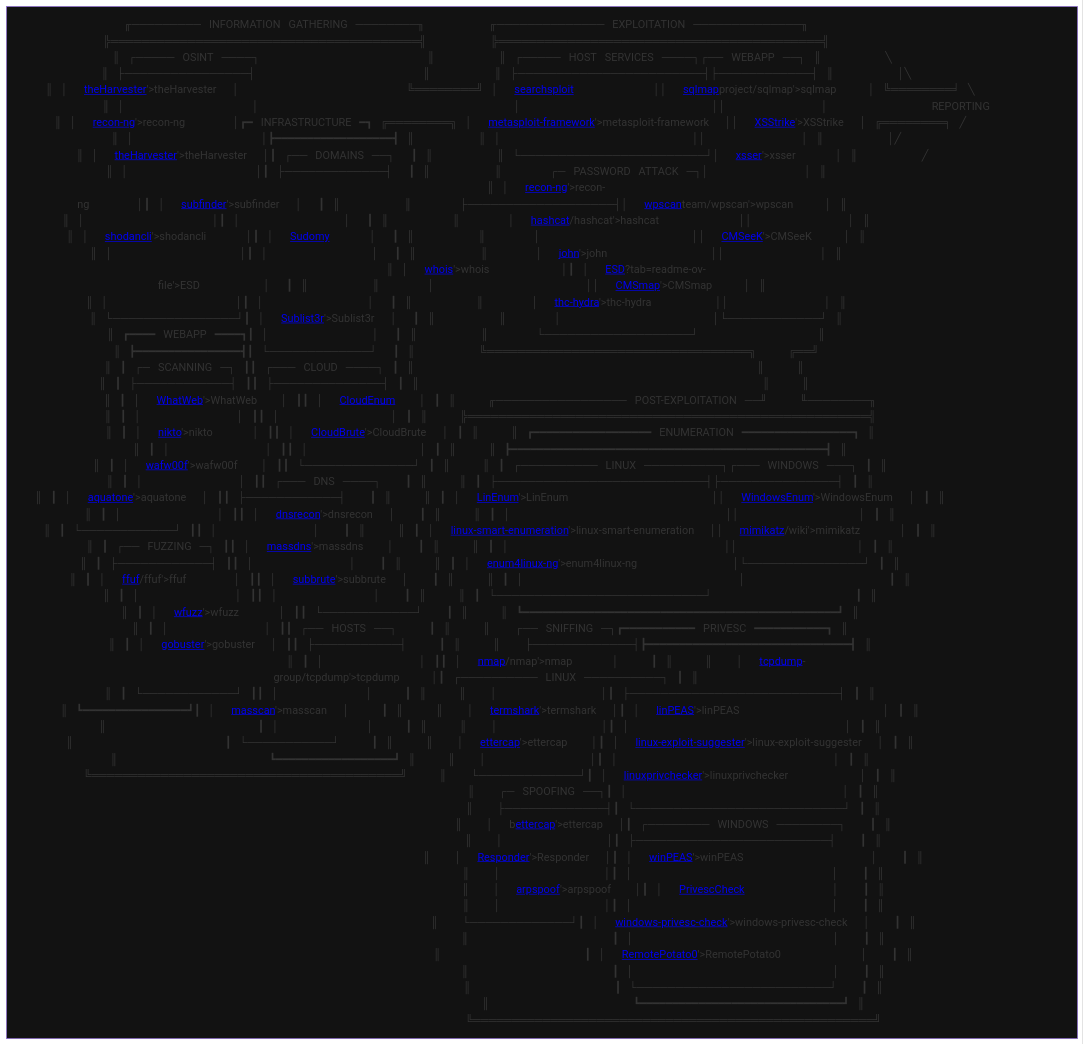
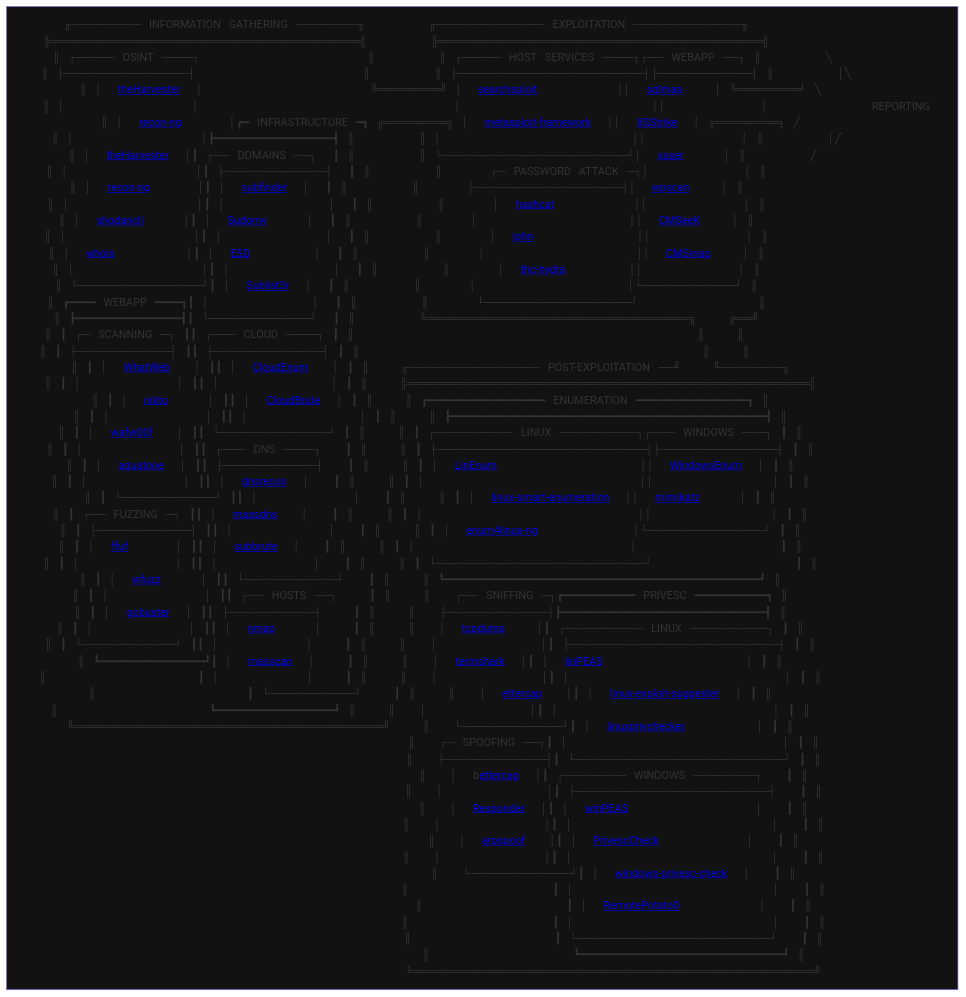
One commit to Skalyaeve/a-process changed the diagram in README.md. Above: the diagram before and after it, drawn with Mermaid. The commit also changed other lines of this file and 2 other files, not shown here.

````diff
--- a/README.md
+++ b/README.md
@@ -1,65 +1,65 @@
 ```mermaid
 graph TD
 main[
 ⠀╓─────────⠀INFORMATION⠀GATHERING⠀────────╖⠀⠀⠀⠀⠀⠀⠀⠀╓──────────────⠀EXPLOITATION⠀──────────────╖⠀⠀⠀⠀⠀⠀⠀⠀⠀⠀⠀⠀⠀⠀⠀⠀⠀⠀⠀⠀
 ⠀╠════════════════════════════════════════╣⠀⠀⠀⠀⠀⠀⠀⠀╠══════════════════════════════════════════╣⠀⠀⠀⠀⠀⠀⠀⠀⠀⠀⠀⠀⠀⠀⠀⠀⠀⠀⠀⠀
 ⠀║⠀┌─────⠀OSINT⠀────┐⠀⠀⠀⠀⠀⠀⠀⠀⠀⠀⠀⠀⠀⠀⠀⠀⠀⠀⠀⠀⠀║⠀⠀⠀⠀⠀⠀⠀⠀║⠀┌─────⠀HOST⠀SERVICES⠀────┐┌──⠀WEBAPP⠀──┐⠀║⠀⠀⠀⠀⠀⠀⠀⠀╲⠀⠀⠀⠀⠀⠀⠀⠀⠀⠀⠀
 ⠀║⠀├────────────────┤⠀⠀⠀⠀⠀⠀⠀⠀⠀⠀⠀⠀⠀⠀⠀⠀⠀⠀⠀⠀⠀║⠀⠀⠀⠀⠀⠀⠀⠀║⠀├────────────────────────┤├────────────┤⠀║⠀⠀⠀⠀⠀⠀⠀⠀│╲⠀⠀⠀⠀⠀⠀⠀⠀⠀⠀
-⠀║⠀│⠀⠀<a href='https://github.com/laramies/<a href='https://github.com/laramies/theHarvester'>theHarvester</a>'>theHarvester</a>⠀⠀│⠀⠀⠀⠀⠀⠀⠀⠀⠀⠀⠀⠀⠀⠀⠀⠀⠀⠀⠀⠀⠀╚════════╝⠀│⠀⠀<a href='https://gitlab.com/exploit-database/exploitdb'><a href='https://gitlab.com/exploit-database/exploitdb'>searchsploit</a></a>⠀⠀⠀⠀⠀⠀⠀⠀⠀⠀││⠀⠀<a href='https://github.com/<a href='https://github.com/sqlmapproject/sqlmap'>sqlmap</a>project/sqlmap'>sqlmap</a>⠀⠀⠀⠀│⠀╚════════╛⠀╲⠀⠀⠀⠀⠀⠀⠀⠀⠀
+⠀║⠀│⠀⠀<a href='https://github.com/laramies/theHarvester'>theHarvester</a>⠀⠀│⠀⠀⠀⠀⠀⠀⠀⠀⠀⠀⠀⠀⠀⠀⠀⠀⠀⠀⠀⠀⠀╚════════╝⠀│⠀⠀<a href='https://gitlab.com/exploit-database/exploitdb'>searchsploit</a>⠀⠀⠀⠀⠀⠀⠀⠀⠀⠀││⠀⠀<a href='https://github.com/sqlmapproject/sqlmap'>sqlmap</a>⠀⠀⠀⠀│⠀╚════════╛⠀╲⠀⠀⠀⠀⠀⠀⠀⠀⠀
 ⠀║⠀│⠀⠀⠀⠀⠀⠀⠀⠀⠀⠀⠀⠀⠀⠀⠀⠀│⠀⠀⠀⠀⠀⠀⠀⠀⠀⠀⠀⠀⠀⠀⠀⠀⠀⠀⠀⠀⠀⠀⠀⠀⠀⠀⠀⠀⠀⠀⠀⠀│⠀⠀⠀⠀⠀⠀⠀⠀⠀⠀⠀⠀⠀⠀⠀⠀⠀⠀⠀⠀⠀⠀⠀⠀││⠀⠀⠀⠀⠀⠀⠀⠀⠀⠀⠀⠀│⠀⠀⠀⠀⠀⠀⠀⠀⠀⠀⠀⠀⠀REPORTING
-⠀║⠀│⠀⠀<a href='https://github.com/lanmaster53/<a href='https://github.com/lanmaster53/recon-ng'>recon-ng</a>'>recon-ng</a>⠀⠀⠀⠀⠀⠀│┏━⠀INFRASTRUCTURE⠀━┓⠀╔════════╗⠀│⠀⠀<a href='https://github.com/rapid7/<a href='https://github.com/rapid7/metasploit-framework'>metasploit-framework</a>'>metasploit-framework</a>⠀⠀││⠀⠀<a href='https://github.com/s0md3v/<a href='https://github.com/s0md3v/XSStrike'>XSStrike</a>'>XSStrike</a>⠀⠀│⠀╔════════╕⠀╱⠀⠀⠀⠀⠀⠀⠀⠀⠀
+⠀║⠀│⠀⠀<a href='https://github.com/lanmaster53/recon-ng'>recon-ng</a>⠀⠀⠀⠀⠀⠀│┏━⠀INFRASTRUCTURE⠀━┓⠀╔════════╗⠀│⠀⠀<a href='https://github.com/rapid7/metasploit-framework'>metasploit-framework</a>⠀⠀││⠀⠀<a href='https://github.com/s0md3v/XSStrike'>XSStrike</a>⠀⠀│⠀╔════════╕⠀╱⠀⠀⠀⠀⠀⠀⠀⠀⠀
 ⠀║⠀│⠀⠀⠀⠀⠀⠀⠀⠀⠀⠀⠀⠀⠀⠀⠀⠀│┣━━━━━━━━━━━━━━━━━━┫⠀║⠀⠀⠀⠀⠀⠀⠀⠀║⠀│⠀⠀⠀⠀⠀⠀⠀⠀⠀⠀⠀⠀⠀⠀⠀⠀⠀⠀⠀⠀⠀⠀⠀⠀││⠀⠀⠀⠀⠀⠀⠀⠀⠀⠀⠀⠀│⠀║⠀⠀⠀⠀⠀⠀⠀⠀│╱⠀⠀⠀⠀⠀⠀⠀⠀⠀⠀
-⠀║⠀│⠀⠀<a href='https://github.com/laramies/<a href='https://github.com/laramies/theHarvester'>theHarvester</a>'>theHarvester</a>⠀⠀│┃⠀┌──⠀DOMAINS⠀──┐⠀⠀┃⠀║⠀⠀⠀⠀⠀⠀⠀⠀║⠀└────────────────────────┘│⠀⠀<a href='https://github.com/epsylon/<a href='https://github.com/epsylon/xsser'>xsser</a>'>xsser</a>⠀⠀⠀⠀⠀│⠀║⠀⠀⠀⠀⠀⠀⠀⠀╱⠀⠀⠀⠀⠀⠀⠀⠀⠀⠀⠀
+⠀║⠀│⠀⠀<a href='https://github.com/laramies/theHarvester'>theHarvester</a>⠀⠀│┃⠀┌──⠀DOMAINS⠀──┐⠀⠀┃⠀║⠀⠀⠀⠀⠀⠀⠀⠀║⠀└────────────────────────┘│⠀⠀<a href='https://github.com/epsylon/xsser'>xsser</a>⠀⠀⠀⠀⠀│⠀║⠀⠀⠀⠀⠀⠀⠀⠀╱⠀⠀⠀⠀⠀⠀⠀⠀⠀⠀⠀
 ⠀║⠀│⠀⠀⠀⠀⠀⠀⠀⠀⠀⠀⠀⠀⠀⠀⠀⠀│┃⠀├─────────────┤⠀⠀┃⠀║⠀⠀⠀⠀⠀⠀⠀⠀║⠀⠀⠀⠀⠀⠀┌─⠀PASSWORD⠀ATTACK⠀─┐│⠀⠀⠀⠀⠀⠀⠀⠀⠀⠀⠀⠀│⠀║⠀⠀⠀⠀⠀⠀⠀⠀⠀⠀⠀⠀⠀⠀⠀⠀⠀⠀⠀⠀
-⠀║⠀│⠀⠀<a href='https://github.com/lanmaster53/<a href='https://github.com/lanmaster53/recon-ng'>recon-ng</a>'>recon-ng</a>⠀⠀⠀⠀⠀⠀│┃⠀│⠀⠀<a href='https://github.com/projectdiscovery/<a href='https://github.com/projectdiscovery/subfinder'>subfinder</a>'>subfinder</a>⠀⠀│⠀⠀┃⠀║⠀⠀⠀⠀⠀⠀⠀⠀║⠀⠀⠀⠀⠀⠀├───────────────────┤│⠀⠀<a href='https://github.com/<a href='https://github.com/wpscanteam/wpscan'>wpscan</a>team/wpscan'>wpscan</a>⠀⠀⠀⠀│⠀║⠀⠀⠀⠀⠀⠀⠀⠀⠀⠀⠀⠀⠀⠀⠀⠀⠀⠀⠀⠀
-⠀║⠀│⠀⠀⠀⠀⠀⠀⠀⠀⠀⠀⠀⠀⠀⠀⠀⠀│┃⠀│⠀⠀⠀⠀⠀⠀⠀⠀⠀⠀⠀⠀⠀│⠀⠀┃⠀║⠀⠀⠀⠀⠀⠀⠀⠀║⠀⠀⠀⠀⠀⠀│⠀⠀<a href='https://github.com/<a href='https://github.com/hashcat/hashcat'>hashcat</a>/hashcat'>hashcat</a>⠀⠀⠀⠀⠀⠀⠀⠀⠀⠀││⠀⠀⠀⠀⠀⠀⠀⠀⠀⠀⠀⠀│⠀║⠀⠀⠀⠀⠀⠀⠀⠀⠀⠀⠀⠀⠀⠀⠀⠀⠀⠀⠀⠀
-⠀║⠀│⠀⠀<a href='https://github.com/malinkinsa/<a href='https://github.com/malinkinsa/shodancli'>shodancli</a>'>shodancli</a>⠀⠀⠀⠀⠀│┃⠀│⠀⠀<a href='https://github.com/screetsec/Sudomy'>Sudomy</a>⠀⠀⠀⠀⠀│⠀⠀┃⠀║⠀⠀⠀⠀⠀⠀⠀⠀║⠀⠀⠀⠀⠀⠀│⠀⠀⠀⠀⠀⠀⠀⠀⠀⠀⠀⠀⠀⠀⠀⠀⠀⠀⠀││⠀⠀<a href='https://github.com/Tuhinshubhra/<a href='https://github.com/Tuhinshubhra/CMSeeK'>CMSeeK</a>'>CMSeeK</a>⠀⠀⠀⠀│⠀║⠀⠀⠀⠀⠀⠀⠀⠀⠀⠀⠀⠀⠀⠀⠀⠀⠀⠀⠀⠀
-⠀║⠀│⠀⠀⠀⠀⠀⠀⠀⠀⠀⠀⠀⠀⠀⠀⠀⠀│┃⠀│⠀⠀⠀⠀⠀⠀⠀⠀⠀⠀⠀⠀⠀│⠀⠀┃⠀║⠀⠀⠀⠀⠀⠀⠀⠀║⠀⠀⠀⠀⠀⠀│⠀⠀<a href='https://github.com/openwall/<a href='https://github.com/openwall/john'>john</a>'>john</a>⠀⠀⠀⠀⠀⠀⠀⠀⠀⠀⠀⠀⠀││⠀⠀⠀⠀⠀⠀⠀⠀⠀⠀⠀⠀│⠀║⠀⠀⠀⠀⠀⠀⠀⠀⠀⠀⠀⠀⠀⠀⠀⠀⠀⠀⠀⠀
-⠀║⠀│⠀⠀<a href='https://github.com/weppos/<a href='https://github.com/weppos/whois'>whois</a>'>whois</a>⠀⠀⠀⠀⠀⠀⠀⠀⠀│┃⠀│⠀⠀<a href='https://github.com/FeeiCN/<a href='https://github.com/FeeiCN/ESD?tab=readme-ov-file'>ESD</a>?tab=readme-ov-file'>ESD</a>⠀⠀⠀⠀⠀⠀⠀⠀│⠀⠀┃⠀║⠀⠀⠀⠀⠀⠀⠀⠀║⠀⠀⠀⠀⠀⠀│⠀⠀⠀⠀⠀⠀⠀⠀⠀⠀⠀⠀⠀⠀⠀⠀⠀⠀⠀││⠀⠀<a href='https://github.com/dionach/<a href='https://github.com/dionach/CMSmap'>CMSmap</a>'>CMSmap</a>⠀⠀⠀⠀│⠀║⠀⠀⠀⠀⠀⠀⠀⠀⠀⠀⠀⠀⠀⠀⠀⠀⠀⠀⠀⠀
-⠀║⠀│⠀⠀⠀⠀⠀⠀⠀⠀⠀⠀⠀⠀⠀⠀⠀⠀│┃⠀│⠀⠀⠀⠀⠀⠀⠀⠀⠀⠀⠀⠀⠀│⠀⠀┃⠀║⠀⠀⠀⠀⠀⠀⠀⠀║⠀⠀⠀⠀⠀⠀│⠀⠀<a href='https://github.com/vanhauser-thc/<a href='https://github.com/vanhauser-thc/thc-hydra'>thc-hydra</a>'>thc-hydra</a>⠀⠀⠀⠀⠀⠀⠀⠀││⠀⠀⠀⠀⠀⠀⠀⠀⠀⠀⠀⠀│⠀║⠀⠀⠀⠀⠀⠀⠀⠀⠀⠀⠀⠀⠀⠀⠀⠀⠀⠀⠀⠀
-⠀║⠀└────────────────┘┃⠀│⠀⠀<a href='https://github.com/aboul3la/<a href='https://github.com/aboul3la/Sublist3r'>Sublist3r</a>'>Sublist3r</a>⠀⠀│⠀⠀┃⠀║⠀⠀⠀⠀⠀⠀⠀⠀║⠀⠀⠀⠀⠀⠀│⠀⠀⠀⠀⠀⠀⠀⠀⠀⠀⠀⠀⠀⠀⠀⠀⠀⠀⠀│└────────────┘⠀║⠀⠀⠀⠀⠀⠀⠀⠀⠀⠀⠀⠀⠀⠀⠀⠀⠀⠀⠀⠀
+⠀║⠀│⠀⠀<a href='https://github.com/lanmaster53/recon-ng'>recon-ng</a>⠀⠀⠀⠀⠀⠀│┃⠀│⠀⠀<a href='https://github.com/projectdiscovery/subfinder'>subfinder</a>⠀⠀│⠀⠀┃⠀║⠀⠀⠀⠀⠀⠀⠀⠀║⠀⠀⠀⠀⠀⠀├───────────────────┤│⠀⠀<a href='https://github.com/wpscanteam/wpscan'>wpscan</a>⠀⠀⠀⠀│⠀║⠀⠀⠀⠀⠀⠀⠀⠀⠀⠀⠀⠀⠀⠀⠀⠀⠀⠀⠀⠀
+⠀║⠀│⠀⠀⠀⠀⠀⠀⠀⠀⠀⠀⠀⠀⠀⠀⠀⠀│┃⠀│⠀⠀⠀⠀⠀⠀⠀⠀⠀⠀⠀⠀⠀│⠀⠀┃⠀║⠀⠀⠀⠀⠀⠀⠀⠀║⠀⠀⠀⠀⠀⠀│⠀⠀<a href='https://github.com/hashcat/hashcat'>hashcat</a>⠀⠀⠀⠀⠀⠀⠀⠀⠀⠀││⠀⠀⠀⠀⠀⠀⠀⠀⠀⠀⠀⠀│⠀║⠀⠀⠀⠀⠀⠀⠀⠀⠀⠀⠀⠀⠀⠀⠀⠀⠀⠀⠀⠀
+⠀║⠀│⠀⠀<a href='https://github.com/malinkinsa/shodancli'>shodancli</a>⠀⠀⠀⠀⠀│┃⠀│⠀⠀<a href='https://github.com/screetsec/Sudomy'>Sudomy</a>⠀⠀⠀⠀⠀│⠀⠀┃⠀║⠀⠀⠀⠀⠀⠀⠀⠀║⠀⠀⠀⠀⠀⠀│⠀⠀⠀⠀⠀⠀⠀⠀⠀⠀⠀⠀⠀⠀⠀⠀⠀⠀⠀││⠀⠀<a href='https://github.com/Tuhinshubhra/CMSeeK'>CMSeeK</a>⠀⠀⠀⠀│⠀║⠀⠀⠀⠀⠀⠀⠀⠀⠀⠀⠀⠀⠀⠀⠀⠀⠀⠀⠀⠀
+⠀║⠀│⠀⠀⠀⠀⠀⠀⠀⠀⠀⠀⠀⠀⠀⠀⠀⠀│┃⠀│⠀⠀⠀⠀⠀⠀⠀⠀⠀⠀⠀⠀⠀│⠀⠀┃⠀║⠀⠀⠀⠀⠀⠀⠀⠀║⠀⠀⠀⠀⠀⠀│⠀⠀<a href='https://github.com/openwall/john'>john</a>⠀⠀⠀⠀⠀⠀⠀⠀⠀⠀⠀⠀⠀││⠀⠀⠀⠀⠀⠀⠀⠀⠀⠀⠀⠀│⠀║⠀⠀⠀⠀⠀⠀⠀⠀⠀⠀⠀⠀⠀⠀⠀⠀⠀⠀⠀⠀
+⠀║⠀│⠀⠀<a href='https://github.com/weppos/whois'>whois</a>⠀⠀⠀⠀⠀⠀⠀⠀⠀│┃⠀│⠀⠀<a href='https://github.com/FeeiCN/ESD?tab=readme-ov-file'>ESD</a>⠀⠀⠀⠀⠀⠀⠀⠀│⠀⠀┃⠀║⠀⠀⠀⠀⠀⠀⠀⠀║⠀⠀⠀⠀⠀⠀│⠀⠀⠀⠀⠀⠀⠀⠀⠀⠀⠀⠀⠀⠀⠀⠀⠀⠀⠀││⠀⠀<a href='https://github.com/dionach/CMSmap'>CMSmap</a>⠀⠀⠀⠀│⠀║⠀⠀⠀⠀⠀⠀⠀⠀⠀⠀⠀⠀⠀⠀⠀⠀⠀⠀⠀⠀
+⠀║⠀│⠀⠀⠀⠀⠀⠀⠀⠀⠀⠀⠀⠀⠀⠀⠀⠀│┃⠀│⠀⠀⠀⠀⠀⠀⠀⠀⠀⠀⠀⠀⠀│⠀⠀┃⠀║⠀⠀⠀⠀⠀⠀⠀⠀║⠀⠀⠀⠀⠀⠀│⠀⠀<a href='https://github.com/vanhauser-thc/thc-hydra'>thc-hydra</a>⠀⠀⠀⠀⠀⠀⠀⠀││⠀⠀⠀⠀⠀⠀⠀⠀⠀⠀⠀⠀│⠀║⠀⠀⠀⠀⠀⠀⠀⠀⠀⠀⠀⠀⠀⠀⠀⠀⠀⠀⠀⠀
+⠀║⠀└────────────────┘┃⠀│⠀⠀<a href='https://github.com/aboul3la/Sublist3r'>Sublist3r</a>⠀⠀│⠀⠀┃⠀║⠀⠀⠀⠀⠀⠀⠀⠀║⠀⠀⠀⠀⠀⠀│⠀⠀⠀⠀⠀⠀⠀⠀⠀⠀⠀⠀⠀⠀⠀⠀⠀⠀⠀│└────────────┘⠀║⠀⠀⠀⠀⠀⠀⠀⠀⠀⠀⠀⠀⠀⠀⠀⠀⠀⠀⠀⠀
 ⠀║⠀┏━━━━⠀WEBAPP⠀━━━━┓┃⠀│⠀⠀⠀⠀⠀⠀⠀⠀⠀⠀⠀⠀⠀│⠀⠀┃⠀║⠀⠀⠀⠀⠀⠀⠀⠀║⠀⠀⠀⠀⠀⠀└───────────────────┘⠀⠀⠀⠀⠀⠀⠀⠀⠀⠀⠀⠀⠀⠀⠀║⠀⠀⠀⠀⠀⠀⠀⠀⠀⠀⠀⠀⠀⠀⠀⠀⠀⠀⠀⠀
 ⠀║⠀┣━━━━━━━━━━━━━━━━┫┃⠀└─────────────┘⠀⠀┃⠀║⠀⠀⠀⠀⠀⠀⠀⠀╚══════════════════════════════════╗⠀⠀⠀⠀╔══╝⠀⠀⠀⠀⠀⠀⠀⠀⠀⠀⠀⠀⠀⠀⠀⠀⠀⠀⠀⠀
 ⠀║⠀┃⠀┌─⠀SCANNING⠀─┐⠀┃┃⠀┌───⠀CLOUD⠀────┐⠀┃⠀║⠀⠀⠀⠀⠀⠀⠀⠀⠀⠀⠀⠀⠀⠀⠀⠀⠀⠀⠀⠀⠀⠀⠀⠀⠀⠀⠀⠀⠀⠀⠀⠀⠀⠀⠀⠀⠀⠀⠀⠀⠀⠀⠀║⠀⠀⠀⠀║⠀⠀⠀⠀⠀⠀⠀⠀⠀⠀⠀⠀⠀⠀⠀⠀⠀⠀⠀⠀⠀⠀⠀
 ⠀║⠀┃⠀├────────────┤⠀┃┃⠀├──────────────┤⠀┃⠀║⠀⠀⠀⠀⠀⠀⠀⠀⠀⠀⠀⠀⠀⠀⠀⠀⠀⠀⠀⠀⠀⠀⠀⠀⠀⠀⠀⠀⠀⠀⠀⠀⠀⠀⠀⠀⠀⠀⠀⠀⠀⠀⠀║⠀⠀⠀⠀║⠀⠀⠀⠀⠀⠀⠀⠀⠀⠀⠀⠀⠀⠀⠀⠀⠀⠀⠀⠀⠀⠀⠀
-⠀║⠀┃⠀│⠀⠀<a href='https://github.com/urbanadventurer/<a href='https://github.com/urbanadventurer/WhatWeb'>WhatWeb</a>'>WhatWeb</a>⠀⠀⠀│⠀┃┃⠀│⠀⠀<a href='https://github.com/initstring/cloud_enum'><a href='https://github.com/initstring/cloud_enum'>CloudEnum</a></a>⠀⠀⠀│⠀┃⠀║⠀⠀⠀⠀╓─────────────────⠀POST-EXPLOITATION⠀──╜⠀⠀⠀⠀╙────────╖⠀⠀⠀⠀⠀⠀⠀⠀⠀⠀⠀⠀⠀⠀
+⠀║⠀┃⠀│⠀⠀<a href='https://github.com/urbanadventurer/WhatWeb'>WhatWeb</a>⠀⠀⠀│⠀┃┃⠀│⠀⠀<a href='https://github.com/initstring/cloud_enum'>CloudEnum</a>⠀⠀⠀│⠀┃⠀║⠀⠀⠀⠀╓─────────────────⠀POST-EXPLOITATION⠀──╜⠀⠀⠀⠀╙────────╖⠀⠀⠀⠀⠀⠀⠀⠀⠀⠀⠀⠀⠀⠀
 ⠀║⠀┃⠀│⠀⠀⠀⠀⠀⠀⠀⠀⠀⠀⠀⠀│⠀┃┃⠀│⠀⠀⠀⠀⠀⠀⠀⠀⠀⠀⠀⠀⠀⠀│⠀┃⠀║⠀⠀⠀⠀╠════════════════════════════════════════════════════╣⠀⠀⠀⠀⠀⠀⠀⠀⠀⠀⠀⠀⠀⠀
-⠀║⠀┃⠀│⠀⠀<a href='https://github.com/sullo/<a href='https://github.com/sullo/nikto'>nikto</a>'>nikto</a>⠀⠀⠀⠀⠀│⠀┃┃⠀│⠀⠀<a href='https://github.com/0xsha/<a href='https://github.com/0xsha/CloudBrute'>CloudBrute</a>'>CloudBrute</a>⠀⠀│⠀┃⠀║⠀⠀⠀⠀║⠀┏━━━━━━━━━━━━━━━━━━⠀ENUMERATION⠀━━━━━━━━━━━━━━━━━┓⠀║⠀⠀⠀⠀⠀⠀⠀⠀⠀⠀⠀⠀⠀⠀
+⠀║⠀┃⠀│⠀⠀<a href='https://github.com/sullo/nikto'>nikto</a>⠀⠀⠀⠀⠀│⠀┃┃⠀│⠀⠀<a href='https://github.com/0xsha/CloudBrute'>CloudBrute</a>⠀⠀│⠀┃⠀║⠀⠀⠀⠀║⠀┏━━━━━━━━━━━━━━━━━━⠀ENUMERATION⠀━━━━━━━━━━━━━━━━━┓⠀║⠀⠀⠀⠀⠀⠀⠀⠀⠀⠀⠀⠀⠀⠀
 ⠀║⠀┃⠀│⠀⠀⠀⠀⠀⠀⠀⠀⠀⠀⠀⠀│⠀┃┃⠀│⠀⠀⠀⠀⠀⠀⠀⠀⠀⠀⠀⠀⠀⠀│⠀┃⠀║⠀⠀⠀⠀║⠀┣━━━━━━━━━━━━━━━━━━━━━━━━━━━━━━━━━━━━━━━━━━━━━━━━┫⠀║⠀⠀⠀⠀⠀⠀⠀⠀⠀⠀⠀⠀⠀⠀
-⠀║⠀┃⠀│⠀⠀<a href='https://github.com/EnableSecurity/<a href='https://github.com/EnableSecurity/wafw00f'>wafw00f</a>'>wafw00f</a>⠀⠀⠀│⠀┃┃⠀└──────────────┘⠀┃⠀║⠀⠀⠀⠀║⠀┃⠀┌──────────⠀LINUX⠀──────────┐┌───⠀WINDOWS⠀───┐⠀┃⠀║⠀⠀⠀⠀⠀⠀⠀⠀⠀⠀⠀⠀⠀⠀
+⠀║⠀┃⠀│⠀⠀<a href='https://github.com/EnableSecurity/wafw00f'>wafw00f</a>⠀⠀⠀│⠀┃┃⠀└──────────────┘⠀┃⠀║⠀⠀⠀⠀║⠀┃⠀┌──────────⠀LINUX⠀──────────┐┌───⠀WINDOWS⠀───┐⠀┃⠀║⠀⠀⠀⠀⠀⠀⠀⠀⠀⠀⠀⠀⠀⠀
 ⠀║⠀┃⠀│⠀⠀⠀⠀⠀⠀⠀⠀⠀⠀⠀⠀│⠀┃┃⠀┌───⠀DNS⠀────┐⠀⠀⠀┃⠀║⠀⠀⠀⠀║⠀┃⠀├───────────────────────────┤├───────────────┤⠀┃⠀║⠀⠀⠀⠀⠀⠀⠀⠀⠀⠀⠀⠀⠀⠀
-⠀║⠀┃⠀│⠀⠀<a href='https://github.com/michenriksen/<a href='https://github.com/michenriksen/aquatone'>aquatone</a>'>aquatone</a>⠀⠀│⠀┃┃⠀├────────────┤⠀⠀⠀┃⠀║⠀⠀⠀⠀║⠀┃⠀│⠀⠀<a href='https://github.com/rebootuser/<a href='https://github.com/rebootuser/LinEnum'>LinEnum</a>'>LinEnum</a>⠀⠀⠀⠀⠀⠀⠀⠀⠀⠀⠀⠀⠀⠀⠀⠀⠀⠀││⠀⠀<a href='https://github.com/absolomb/<a href='https://github.com/absolomb/WindowsEnum'>WindowsEnum</a>'>WindowsEnum</a>⠀⠀│⠀┃⠀║⠀⠀⠀⠀⠀⠀⠀⠀⠀⠀⠀⠀⠀⠀
-⠀║⠀┃⠀│⠀⠀⠀⠀⠀⠀⠀⠀⠀⠀⠀⠀│⠀┃┃⠀│⠀⠀<a href='https://github.com/darkoperator/<a href='https://github.com/darkoperator/dnsrecon'>dnsrecon</a>'>dnsrecon</a>⠀⠀│⠀⠀⠀┃⠀║⠀⠀⠀⠀║⠀┃⠀│⠀⠀⠀⠀⠀⠀⠀⠀⠀⠀⠀⠀⠀⠀⠀⠀⠀⠀⠀⠀⠀⠀⠀⠀⠀⠀⠀││⠀⠀⠀⠀⠀⠀⠀⠀⠀⠀⠀⠀⠀⠀⠀│⠀┃⠀║⠀⠀⠀⠀⠀⠀⠀⠀⠀⠀⠀⠀⠀⠀
-⠀║⠀┃⠀└────────────┘⠀┃┃⠀│⠀⠀⠀⠀⠀⠀⠀⠀⠀⠀⠀⠀│⠀⠀⠀┃⠀║⠀⠀⠀⠀║⠀┃⠀│⠀⠀<a href='https://github.com/diego-treitos/<a href='https://github.com/diego-treitos/linux-smart-enumeration'>linux-smart-enumeration</a>'>linux-smart-enumeration</a>⠀⠀││⠀⠀<a href='https://github.com/gentilkiwi/<a href='https://github.com/gentilkiwi/mimikatz'>mimikatz</a>/wiki'>mimikatz</a>⠀⠀⠀⠀⠀│⠀┃⠀║⠀⠀⠀⠀⠀⠀⠀⠀⠀⠀⠀⠀⠀⠀
-⠀║⠀┃⠀┌──⠀FUZZING⠀─┐⠀┃┃⠀│⠀⠀<a href='https://github.com/blechschmidt/<a href='https://github.com/blechschmidt/massdns'>massdns</a>'>massdns</a>⠀⠀⠀│⠀⠀⠀┃⠀║⠀⠀⠀⠀║⠀┃⠀│⠀⠀⠀⠀⠀⠀⠀⠀⠀⠀⠀⠀⠀⠀⠀⠀⠀⠀⠀⠀⠀⠀⠀⠀⠀⠀⠀││⠀⠀⠀⠀⠀⠀⠀⠀⠀⠀⠀⠀⠀⠀⠀│⠀┃⠀║⠀⠀⠀⠀⠀⠀⠀⠀⠀⠀⠀⠀⠀⠀
-⠀║⠀┃⠀├────────────┤⠀┃┃⠀│⠀⠀⠀⠀⠀⠀⠀⠀⠀⠀⠀⠀│⠀⠀⠀┃⠀║⠀⠀⠀⠀║⠀┃⠀│⠀⠀<a href='https://github.com/cddmp/<a href='https://github.com/cddmp/enum4linux-ng'>enum4linux-ng</a>'>enum4linux-ng</a>⠀⠀⠀⠀⠀⠀⠀⠀⠀⠀⠀⠀│└───────────────┘⠀┃⠀║⠀⠀⠀⠀⠀⠀⠀⠀⠀⠀⠀⠀⠀⠀
-⠀║⠀┃⠀│⠀⠀<a href='https://github.com/<a href='https://github.com/ffuf/ffuf'>ffuf</a>/ffuf'>ffuf</a>⠀⠀⠀⠀⠀⠀│⠀┃┃⠀│⠀⠀<a href='https://github.com/TheRook/<a href='https://github.com/TheRook/subbrute'>subbrute</a>'>subbrute</a>⠀⠀│⠀⠀⠀┃⠀║⠀⠀⠀⠀║⠀┃⠀│⠀⠀⠀⠀⠀⠀⠀⠀⠀⠀⠀⠀⠀⠀⠀⠀⠀⠀⠀⠀⠀⠀⠀⠀⠀⠀⠀│⠀⠀⠀⠀⠀⠀⠀⠀⠀⠀⠀⠀⠀⠀⠀⠀⠀⠀┃⠀║⠀⠀⠀⠀⠀⠀⠀⠀⠀⠀⠀⠀⠀⠀
+⠀║⠀┃⠀│⠀⠀<a href='https://github.com/michenriksen/aquatone'>aquatone</a>⠀⠀│⠀┃┃⠀├────────────┤⠀⠀⠀┃⠀║⠀⠀⠀⠀║⠀┃⠀│⠀⠀<a href='https://github.com/rebootuser/LinEnum'>LinEnum</a>⠀⠀⠀⠀⠀⠀⠀⠀⠀⠀⠀⠀⠀⠀⠀⠀⠀⠀││⠀⠀<a href='https://github.com/absolomb/WindowsEnum'>WindowsEnum</a>⠀⠀│⠀┃⠀║⠀⠀⠀⠀⠀⠀⠀⠀⠀⠀⠀⠀⠀⠀
+⠀║⠀┃⠀│⠀⠀⠀⠀⠀⠀⠀⠀⠀⠀⠀⠀│⠀┃┃⠀│⠀⠀<a href='https://github.com/darkoperator/dnsrecon'>dnsrecon</a>⠀⠀│⠀⠀⠀┃⠀║⠀⠀⠀⠀║⠀┃⠀│⠀⠀⠀⠀⠀⠀⠀⠀⠀⠀⠀⠀⠀⠀⠀⠀⠀⠀⠀⠀⠀⠀⠀⠀⠀⠀⠀││⠀⠀⠀⠀⠀⠀⠀⠀⠀⠀⠀⠀⠀⠀⠀│⠀┃⠀║⠀⠀⠀⠀⠀⠀⠀⠀⠀⠀⠀⠀⠀⠀
+⠀║⠀┃⠀└────────────┘⠀┃┃⠀│⠀⠀⠀⠀⠀⠀⠀⠀⠀⠀⠀⠀│⠀⠀⠀┃⠀║⠀⠀⠀⠀║⠀┃⠀│⠀⠀<a href='https://github.com/diego-treitos/linux-smart-enumeration'>linux-smart-enumeration</a>⠀⠀││⠀⠀<a href='https://github.com/gentilkiwi/mimikatz'>mimikatz</a>⠀⠀⠀⠀⠀│⠀┃⠀║⠀⠀⠀⠀⠀⠀⠀⠀⠀⠀⠀⠀⠀⠀
+⠀║⠀┃⠀┌──⠀FUZZING⠀─┐⠀┃┃⠀│⠀⠀<a href='https://github.com/blechschmidt/massdns'>massdns</a>⠀⠀⠀│⠀⠀⠀┃⠀║⠀⠀⠀⠀║⠀┃⠀│⠀⠀⠀⠀⠀⠀⠀⠀⠀⠀⠀⠀⠀⠀⠀⠀⠀⠀⠀⠀⠀⠀⠀⠀⠀⠀⠀││⠀⠀⠀⠀⠀⠀⠀⠀⠀⠀⠀⠀⠀⠀⠀│⠀┃⠀║⠀⠀⠀⠀⠀⠀⠀⠀⠀⠀⠀⠀⠀⠀
+⠀║⠀┃⠀├────────────┤⠀┃┃⠀│⠀⠀⠀⠀⠀⠀⠀⠀⠀⠀⠀⠀│⠀⠀⠀┃⠀║⠀⠀⠀⠀║⠀┃⠀│⠀⠀<a href='https://github.com/cddmp/enum4linux-ng'>enum4linux-ng</a>⠀⠀⠀⠀⠀⠀⠀⠀⠀⠀⠀⠀│└───────────────┘⠀┃⠀║⠀⠀⠀⠀⠀⠀⠀⠀⠀⠀⠀⠀⠀⠀
+⠀║⠀┃⠀│⠀⠀<a href='https://github.com/ffuf/ffuf'>ffuf</a>⠀⠀⠀⠀⠀⠀│⠀┃┃⠀│⠀⠀<a href='https://github.com/TheRook/subbrute'>subbrute</a>⠀⠀│⠀⠀⠀┃⠀║⠀⠀⠀⠀║⠀┃⠀│⠀⠀⠀⠀⠀⠀⠀⠀⠀⠀⠀⠀⠀⠀⠀⠀⠀⠀⠀⠀⠀⠀⠀⠀⠀⠀⠀│⠀⠀⠀⠀⠀⠀⠀⠀⠀⠀⠀⠀⠀⠀⠀⠀⠀⠀┃⠀║⠀⠀⠀⠀⠀⠀⠀⠀⠀⠀⠀⠀⠀⠀
 ⠀║⠀┃⠀│⠀⠀⠀⠀⠀⠀⠀⠀⠀⠀⠀⠀│⠀┃┃⠀│⠀⠀⠀⠀⠀⠀⠀⠀⠀⠀⠀⠀│⠀⠀⠀┃⠀║⠀⠀⠀⠀║⠀┃⠀└───────────────────────────┘⠀⠀⠀⠀⠀⠀⠀⠀⠀⠀⠀⠀⠀⠀⠀⠀⠀⠀┃⠀║⠀⠀⠀⠀⠀⠀⠀⠀⠀⠀⠀⠀⠀⠀
-⠀║⠀┃⠀│⠀⠀<a href='https://github.com/xmendez/<a href='https://github.com/xmendez/wfuzz'>wfuzz</a>'>wfuzz</a>⠀⠀⠀⠀⠀│⠀┃┃⠀└────────────┘⠀⠀⠀┃⠀║⠀⠀⠀⠀║⠀┗━━━━━━━━━━━━━━━━━━━━━━━━━━━━━━━━━━━━━━━━━━━━━━━━┛⠀║⠀⠀⠀⠀⠀⠀⠀⠀⠀⠀⠀⠀⠀⠀
+⠀║⠀┃⠀│⠀⠀<a href='https://github.com/xmendez/wfuzz'>wfuzz</a>⠀⠀⠀⠀⠀│⠀┃┃⠀└────────────┘⠀⠀⠀┃⠀║⠀⠀⠀⠀║⠀┗━━━━━━━━━━━━━━━━━━━━━━━━━━━━━━━━━━━━━━━━━━━━━━━━┛⠀║⠀⠀⠀⠀⠀⠀⠀⠀⠀⠀⠀⠀⠀⠀
 ⠀║⠀┃⠀│⠀⠀⠀⠀⠀⠀⠀⠀⠀⠀⠀⠀│⠀┃┃⠀┌──⠀HOSTS⠀──┐⠀⠀⠀⠀┃⠀║⠀⠀⠀⠀║⠀⠀⠀┌──⠀SNIFFING⠀─┐┏━━━━━━━━━━━⠀PRIVESC⠀━━━━━━━━━━━┓⠀║⠀⠀⠀⠀⠀⠀⠀⠀⠀⠀⠀⠀⠀⠀
-⠀║⠀┃⠀│⠀⠀<a href='https://github.com/OJ/<a href='https://github.com/OJ/gobuster'>gobuster</a>'>gobuster</a>⠀⠀│⠀┃┃⠀├───────────┤⠀⠀⠀⠀┃⠀║⠀⠀⠀⠀║⠀⠀⠀├─────────────┤┣━━━━━━━━━━━━━━━━━━━━━━━━━━━━━━━┫⠀║⠀⠀⠀⠀⠀⠀⠀⠀⠀⠀⠀⠀⠀⠀
-⠀║⠀┃⠀│⠀⠀⠀⠀⠀⠀⠀⠀⠀⠀⠀⠀│⠀┃┃⠀│⠀⠀<a href='https://github.com/<a href='https://github.com/nmap/nmap'>nmap</a>/nmap'>nmap</a>⠀⠀⠀⠀⠀│⠀⠀⠀⠀┃⠀║⠀⠀⠀⠀║⠀⠀⠀│⠀⠀<a href='https://github.com/the-<a href='https://github.com/the-tcpdump-group/tcpdump'>tcpdump</a>-group/tcpdump'>tcpdump</a>⠀⠀⠀⠀│┃⠀┌──────────⠀LINUX⠀──────────┐⠀┃⠀║⠀⠀⠀⠀⠀⠀⠀⠀⠀⠀⠀⠀⠀⠀
+⠀║⠀┃⠀│⠀⠀<a href='https://github.com/OJ/gobuster'>gobuster</a>⠀⠀│⠀┃┃⠀├───────────┤⠀⠀⠀⠀┃⠀║⠀⠀⠀⠀║⠀⠀⠀├─────────────┤┣━━━━━━━━━━━━━━━━━━━━━━━━━━━━━━━┫⠀║⠀⠀⠀⠀⠀⠀⠀⠀⠀⠀⠀⠀⠀⠀
+⠀║⠀┃⠀│⠀⠀⠀⠀⠀⠀⠀⠀⠀⠀⠀⠀│⠀┃┃⠀│⠀⠀<a href='https://github.com/nmap/nmap'>nmap</a>⠀⠀⠀⠀⠀│⠀⠀⠀⠀┃⠀║⠀⠀⠀⠀║⠀⠀⠀│⠀⠀<a href='https://github.com/the-tcpdump-group/tcpdump'>tcpdump</a>⠀⠀⠀⠀│┃⠀┌──────────⠀LINUX⠀──────────┐⠀┃⠀║⠀⠀⠀⠀⠀⠀⠀⠀⠀⠀⠀⠀⠀⠀
 ⠀║⠀┃⠀└────────────┘⠀┃┃⠀│⠀⠀⠀⠀⠀⠀⠀⠀⠀⠀⠀│⠀⠀⠀⠀┃⠀║⠀⠀⠀⠀║⠀⠀⠀│⠀⠀⠀⠀⠀⠀⠀⠀⠀⠀⠀⠀⠀│┃⠀├───────────────────────────┤⠀┃⠀║⠀⠀⠀⠀⠀⠀⠀⠀⠀⠀⠀⠀⠀⠀
-⠀║⠀┗━━━━━━━━━━━━━━━━┛┃⠀│⠀⠀<a href='https://github.com/robertdavidgraham/<a href='https://github.com/robertdavidgraham/masscan'>masscan</a>'>masscan</a>⠀⠀│⠀⠀⠀⠀┃⠀║⠀⠀⠀⠀║⠀⠀⠀│⠀⠀<a href='https://github.com/gcla/<a href='https://github.com/gcla/termshark'>termshark</a>'>termshark</a>⠀⠀│┃⠀│⠀⠀<a href='https://github.com/peass-ng/PEASS-ng/tree/master/<a href='https://github.com/peass-ng/PEASS-ng/tree/master/linPEAS'>linPEAS</a>'>linPEAS</a>⠀⠀⠀⠀⠀⠀⠀⠀⠀⠀⠀⠀⠀⠀⠀⠀⠀⠀│⠀┃⠀║⠀⠀⠀⠀⠀⠀⠀⠀⠀⠀⠀⠀⠀⠀
+⠀║⠀┗━━━━━━━━━━━━━━━━┛┃⠀│⠀⠀<a href='https://github.com/robertdavidgraham/masscan'>masscan</a>⠀⠀│⠀⠀⠀⠀┃⠀║⠀⠀⠀⠀║⠀⠀⠀│⠀⠀<a href='https://github.com/gcla/termshark'>termshark</a>⠀⠀│┃⠀│⠀⠀<a href='https://github.com/peass-ng/PEASS-ng/tree/master/linPEAS'>linPEAS</a>⠀⠀⠀⠀⠀⠀⠀⠀⠀⠀⠀⠀⠀⠀⠀⠀⠀⠀│⠀┃⠀║⠀⠀⠀⠀⠀⠀⠀⠀⠀⠀⠀⠀⠀⠀
 ⠀║⠀⠀⠀⠀⠀⠀⠀⠀⠀⠀⠀⠀⠀⠀⠀⠀⠀⠀⠀┃⠀│⠀⠀⠀⠀⠀⠀⠀⠀⠀⠀⠀│⠀⠀⠀⠀┃⠀║⠀⠀⠀⠀║⠀⠀⠀│⠀⠀⠀⠀⠀⠀⠀⠀⠀⠀⠀⠀⠀│┃⠀│⠀⠀⠀⠀⠀⠀⠀⠀⠀⠀⠀⠀⠀⠀⠀⠀⠀⠀⠀⠀⠀⠀⠀⠀⠀⠀⠀│⠀┃⠀║⠀⠀⠀⠀⠀⠀⠀⠀⠀⠀⠀⠀⠀⠀
-⠀║⠀⠀⠀⠀⠀⠀⠀⠀⠀⠀⠀⠀⠀⠀⠀⠀⠀⠀⠀┃⠀└───────────┘⠀⠀⠀⠀┃⠀║⠀⠀⠀⠀║⠀⠀⠀│⠀⠀<a href='https://github.com/Ettercap/<a href='https://github.com/Ettercap/ettercap'>ettercap</a>'>ettercap</a>⠀⠀⠀│┃⠀│⠀⠀<a href='https://github.com/The-Z-Labs/<a href='https://github.com/The-Z-Labs/linux-exploit-suggester'>linux-exploit-suggester</a>'>linux-exploit-suggester</a>⠀⠀│⠀┃⠀║⠀⠀⠀⠀⠀⠀⠀⠀⠀⠀⠀⠀⠀⠀
+⠀║⠀⠀⠀⠀⠀⠀⠀⠀⠀⠀⠀⠀⠀⠀⠀⠀⠀⠀⠀┃⠀└───────────┘⠀⠀⠀⠀┃⠀║⠀⠀⠀⠀║⠀⠀⠀│⠀⠀<a href='https://github.com/Ettercap/ettercap'>ettercap</a>⠀⠀⠀│┃⠀│⠀⠀<a href='https://github.com/The-Z-Labs/linux-exploit-suggester'>linux-exploit-suggester</a>⠀⠀│⠀┃⠀║⠀⠀⠀⠀⠀⠀⠀⠀⠀⠀⠀⠀⠀⠀
 ⠀║⠀⠀⠀⠀⠀⠀⠀⠀⠀⠀⠀⠀⠀⠀⠀⠀⠀⠀⠀┗━━━━━━━━━━━━━━━━━━┛⠀║⠀⠀⠀⠀║⠀⠀⠀│⠀⠀⠀⠀⠀⠀⠀⠀⠀⠀⠀⠀⠀│┃⠀│⠀⠀⠀⠀⠀⠀⠀⠀⠀⠀⠀⠀⠀⠀⠀⠀⠀⠀⠀⠀⠀⠀⠀⠀⠀⠀⠀│⠀┃⠀║⠀⠀⠀⠀⠀⠀⠀⠀⠀⠀⠀⠀⠀⠀
-⠀╚════════════════════════════════════════╝⠀⠀⠀⠀║⠀⠀⠀└─────────────┘┃⠀│⠀⠀<a href='https://github.com/sleventyeleven/<a href='https://github.com/sleventyeleven/linuxprivchecker'>linuxprivchecker</a>'>linuxprivchecker</a>⠀⠀⠀⠀⠀⠀⠀⠀⠀│⠀┃⠀║⠀⠀⠀⠀⠀⠀⠀⠀⠀⠀⠀⠀⠀⠀
+⠀╚════════════════════════════════════════╝⠀⠀⠀⠀║⠀⠀⠀└─────────────┘┃⠀│⠀⠀<a href='https://github.com/sleventyeleven/linuxprivchecker'>linuxprivchecker</a>⠀⠀⠀⠀⠀⠀⠀⠀⠀│⠀┃⠀║⠀⠀⠀⠀⠀⠀⠀⠀⠀⠀⠀⠀⠀⠀
 ⠀⠀⠀⠀⠀⠀⠀⠀⠀⠀⠀⠀⠀⠀⠀⠀⠀⠀⠀⠀⠀⠀⠀⠀⠀⠀⠀⠀⠀⠀⠀⠀⠀⠀⠀⠀⠀⠀⠀⠀⠀⠀⠀⠀⠀⠀⠀║⠀⠀⠀┌─⠀SPOOFING⠀──┐┃⠀│⠀⠀⠀⠀⠀⠀⠀⠀⠀⠀⠀⠀⠀⠀⠀⠀⠀⠀⠀⠀⠀⠀⠀⠀⠀⠀⠀│⠀┃⠀║⠀⠀⠀⠀⠀⠀⠀⠀⠀⠀⠀⠀⠀⠀
 ⠀⠀⠀⠀⠀⠀⠀⠀⠀⠀⠀⠀⠀⠀⠀⠀⠀⠀⠀⠀⠀⠀⠀⠀⠀⠀⠀⠀⠀⠀⠀⠀⠀⠀⠀⠀⠀⠀⠀⠀⠀⠀⠀⠀⠀⠀⠀║⠀⠀⠀├─────────────┤┃⠀└───────────────────────────┘⠀┃⠀║⠀⠀⠀⠀⠀⠀⠀⠀⠀⠀⠀⠀⠀⠀
-⠀⠀⠀⠀⠀⠀⠀⠀⠀⠀⠀⠀⠀⠀⠀⠀⠀⠀⠀⠀⠀⠀⠀⠀⠀⠀⠀⠀⠀⠀⠀⠀⠀⠀⠀⠀⠀⠀⠀⠀⠀⠀⠀⠀⠀⠀⠀║⠀⠀⠀│⠀⠀b<a href='https://github.com/Ettercap/<a href='https://github.com/Ettercap/ettercap'>ettercap</a>'>ettercap</a>⠀⠀│┃⠀┌────────⠀WINDOWS⠀────────┐⠀⠀⠀┃⠀║⠀⠀⠀⠀⠀⠀⠀⠀⠀⠀⠀⠀⠀⠀
+⠀⠀⠀⠀⠀⠀⠀⠀⠀⠀⠀⠀⠀⠀⠀⠀⠀⠀⠀⠀⠀⠀⠀⠀⠀⠀⠀⠀⠀⠀⠀⠀⠀⠀⠀⠀⠀⠀⠀⠀⠀⠀⠀⠀⠀⠀⠀║⠀⠀⠀│⠀⠀b<a href='https://github.com/Ettercap/ettercap'>ettercap</a>⠀⠀│┃⠀┌────────⠀WINDOWS⠀────────┐⠀⠀⠀┃⠀║⠀⠀⠀⠀⠀⠀⠀⠀⠀⠀⠀⠀⠀⠀
 ⠀⠀⠀⠀⠀⠀⠀⠀⠀⠀⠀⠀⠀⠀⠀⠀⠀⠀⠀⠀⠀⠀⠀⠀⠀⠀⠀⠀⠀⠀⠀⠀⠀⠀⠀⠀⠀⠀⠀⠀⠀⠀⠀⠀⠀⠀⠀║⠀⠀⠀│⠀⠀⠀⠀⠀⠀⠀⠀⠀⠀⠀⠀⠀│┃⠀├─────────────────────────┤⠀⠀⠀┃⠀║⠀⠀⠀⠀⠀⠀⠀⠀⠀⠀⠀⠀⠀⠀
-⠀⠀⠀⠀⠀⠀⠀⠀⠀⠀⠀⠀⠀⠀⠀⠀⠀⠀⠀⠀⠀⠀⠀⠀⠀⠀⠀⠀⠀⠀⠀⠀⠀⠀⠀⠀⠀⠀⠀⠀⠀⠀⠀⠀⠀⠀⠀║⠀⠀⠀│⠀⠀<a href='https://github.com/SpiderLabs/<a href='https://github.com/SpiderLabs/Responder'>Responder</a>'>Responder</a>⠀⠀│┃⠀│⠀⠀<a href='https://github.com/peass-ng/PEASS-ng/tree/master/<a href='https://github.com/peass-ng/PEASS-ng/tree/master/winPEAS'>winPEAS</a>'>winPEAS</a>⠀⠀⠀⠀⠀⠀⠀⠀⠀⠀⠀⠀⠀⠀⠀⠀│⠀⠀⠀┃⠀║⠀⠀⠀⠀⠀⠀⠀⠀⠀⠀⠀⠀⠀⠀
+⠀⠀⠀⠀⠀⠀⠀⠀⠀⠀⠀⠀⠀⠀⠀⠀⠀⠀⠀⠀⠀⠀⠀⠀⠀⠀⠀⠀⠀⠀⠀⠀⠀⠀⠀⠀⠀⠀⠀⠀⠀⠀⠀⠀⠀⠀⠀║⠀⠀⠀│⠀⠀<a href='https://github.com/SpiderLabs/Responder'>Responder</a>⠀⠀│┃⠀│⠀⠀<a href='https://github.com/peass-ng/PEASS-ng/tree/master/winPEAS'>winPEAS</a>⠀⠀⠀⠀⠀⠀⠀⠀⠀⠀⠀⠀⠀⠀⠀⠀│⠀⠀⠀┃⠀║⠀⠀⠀⠀⠀⠀⠀⠀⠀⠀⠀⠀⠀⠀
 ⠀⠀⠀⠀⠀⠀⠀⠀⠀⠀⠀⠀⠀⠀⠀⠀⠀⠀⠀⠀⠀⠀⠀⠀⠀⠀⠀⠀⠀⠀⠀⠀⠀⠀⠀⠀⠀⠀⠀⠀⠀⠀⠀⠀⠀⠀⠀║⠀⠀⠀│⠀⠀⠀⠀⠀⠀⠀⠀⠀⠀⠀⠀⠀│┃⠀│⠀⠀⠀⠀⠀⠀⠀⠀⠀⠀⠀⠀⠀⠀⠀⠀⠀⠀⠀⠀⠀⠀⠀⠀⠀│⠀⠀⠀┃⠀║⠀⠀⠀⠀⠀⠀⠀⠀⠀⠀⠀⠀⠀⠀
-⠀⠀⠀⠀⠀⠀⠀⠀⠀⠀⠀⠀⠀⠀⠀⠀⠀⠀⠀⠀⠀⠀⠀⠀⠀⠀⠀⠀⠀⠀⠀⠀⠀⠀⠀⠀⠀⠀⠀⠀⠀⠀⠀⠀⠀⠀⠀║⠀⠀⠀│⠀⠀<a href='https://github.com/alandau/<a href='https://github.com/alandau/arpspoof'>arpspoof</a>'>arpspoof</a>⠀⠀⠀│┃⠀│⠀⠀<a href='https://github.com/itm4n/PrivescCheck'>PrivescCheck</a>⠀⠀⠀⠀⠀⠀⠀⠀⠀⠀⠀│⠀⠀⠀┃⠀║⠀⠀⠀⠀⠀⠀⠀⠀⠀⠀⠀⠀⠀⠀
+⠀⠀⠀⠀⠀⠀⠀⠀⠀⠀⠀⠀⠀⠀⠀⠀⠀⠀⠀⠀⠀⠀⠀⠀⠀⠀⠀⠀⠀⠀⠀⠀⠀⠀⠀⠀⠀⠀⠀⠀⠀⠀⠀⠀⠀⠀⠀║⠀⠀⠀│⠀⠀<a href='https://github.com/alandau/arpspoof'>arpspoof</a>⠀⠀⠀│┃⠀│⠀⠀<a href='https://github.com/itm4n/PrivescCheck'>PrivescCheck</a>⠀⠀⠀⠀⠀⠀⠀⠀⠀⠀⠀│⠀⠀⠀┃⠀║⠀⠀⠀⠀⠀⠀⠀⠀⠀⠀⠀⠀⠀⠀
 ⠀⠀⠀⠀⠀⠀⠀⠀⠀⠀⠀⠀⠀⠀⠀⠀⠀⠀⠀⠀⠀⠀⠀⠀⠀⠀⠀⠀⠀⠀⠀⠀⠀⠀⠀⠀⠀⠀⠀⠀⠀⠀⠀⠀⠀⠀⠀║⠀⠀⠀│⠀⠀⠀⠀⠀⠀⠀⠀⠀⠀⠀⠀⠀│┃⠀│⠀⠀⠀⠀⠀⠀⠀⠀⠀⠀⠀⠀⠀⠀⠀⠀⠀⠀⠀⠀⠀⠀⠀⠀⠀│⠀⠀⠀┃⠀║⠀⠀⠀⠀⠀⠀⠀⠀⠀⠀⠀⠀⠀⠀
-⠀⠀⠀⠀⠀⠀⠀⠀⠀⠀⠀⠀⠀⠀⠀⠀⠀⠀⠀⠀⠀⠀⠀⠀⠀⠀⠀⠀⠀⠀⠀⠀⠀⠀⠀⠀⠀⠀⠀⠀⠀⠀⠀⠀⠀⠀⠀║⠀⠀⠀└─────────────┘┃⠀│⠀⠀<a href='https://github.com/pentestmonkey/<a href='https://github.com/pentestmonkey/windows-privesc-check'>windows-privesc-check</a>'>windows-privesc-check</a>⠀⠀│⠀⠀⠀┃⠀║⠀⠀⠀⠀⠀⠀⠀⠀⠀⠀⠀⠀⠀⠀
+⠀⠀⠀⠀⠀⠀⠀⠀⠀⠀⠀⠀⠀⠀⠀⠀⠀⠀⠀⠀⠀⠀⠀⠀⠀⠀⠀⠀⠀⠀⠀⠀⠀⠀⠀⠀⠀⠀⠀⠀⠀⠀⠀⠀⠀⠀⠀║⠀⠀⠀└─────────────┘┃⠀│⠀⠀<a href='https://github.com/pentestmonkey/windows-privesc-check'>windows-privesc-check</a>⠀⠀│⠀⠀⠀┃⠀║⠀⠀⠀⠀⠀⠀⠀⠀⠀⠀⠀⠀⠀⠀
 ⠀⠀⠀⠀⠀⠀⠀⠀⠀⠀⠀⠀⠀⠀⠀⠀⠀⠀⠀⠀⠀⠀⠀⠀⠀⠀⠀⠀⠀⠀⠀⠀⠀⠀⠀⠀⠀⠀⠀⠀⠀⠀⠀⠀⠀⠀⠀║⠀⠀⠀⠀⠀⠀⠀⠀⠀⠀⠀⠀⠀⠀⠀⠀⠀⠀┃⠀│⠀⠀⠀⠀⠀⠀⠀⠀⠀⠀⠀⠀⠀⠀⠀⠀⠀⠀⠀⠀⠀⠀⠀⠀⠀│⠀⠀⠀┃⠀║⠀⠀⠀⠀⠀⠀⠀⠀⠀⠀⠀⠀⠀⠀
-⠀⠀⠀⠀⠀⠀⠀⠀⠀⠀⠀⠀⠀⠀⠀⠀⠀⠀⠀⠀⠀⠀⠀⠀⠀⠀⠀⠀⠀⠀⠀⠀⠀⠀⠀⠀⠀⠀⠀⠀⠀⠀⠀⠀⠀⠀⠀║⠀⠀⠀⠀⠀⠀⠀⠀⠀⠀⠀⠀⠀⠀⠀⠀⠀⠀┃⠀│⠀⠀<a href='https://github.com/antonioCoco/<a href='https://github.com/antonioCoco/RemotePotato0'>RemotePotato0</a>'>RemotePotato0</a>⠀⠀⠀⠀⠀⠀⠀⠀⠀⠀│⠀⠀⠀┃⠀║⠀⠀⠀⠀⠀⠀⠀⠀⠀⠀⠀⠀⠀⠀
+⠀⠀⠀⠀⠀⠀⠀⠀⠀⠀⠀⠀⠀⠀⠀⠀⠀⠀⠀⠀⠀⠀⠀⠀⠀⠀⠀⠀⠀⠀⠀⠀⠀⠀⠀⠀⠀⠀⠀⠀⠀⠀⠀⠀⠀⠀⠀║⠀⠀⠀⠀⠀⠀⠀⠀⠀⠀⠀⠀⠀⠀⠀⠀⠀⠀┃⠀│⠀⠀<a href='https://github.com/antonioCoco/RemotePotato0'>RemotePotato0</a>⠀⠀⠀⠀⠀⠀⠀⠀⠀⠀│⠀⠀⠀┃⠀║⠀⠀⠀⠀⠀⠀⠀⠀⠀⠀⠀⠀⠀⠀
 ⠀⠀⠀⠀⠀⠀⠀⠀⠀⠀⠀⠀⠀⠀⠀⠀⠀⠀⠀⠀⠀⠀⠀⠀⠀⠀⠀⠀⠀⠀⠀⠀⠀⠀⠀⠀⠀⠀⠀⠀⠀⠀⠀⠀⠀⠀⠀║⠀⠀⠀⠀⠀⠀⠀⠀⠀⠀⠀⠀⠀⠀⠀⠀⠀⠀┃⠀│⠀⠀⠀⠀⠀⠀⠀⠀⠀⠀⠀⠀⠀⠀⠀⠀⠀⠀⠀⠀⠀⠀⠀⠀⠀│⠀⠀⠀┃⠀║⠀⠀⠀⠀⠀⠀⠀⠀⠀⠀⠀⠀⠀⠀
 ⠀⠀⠀⠀⠀⠀⠀⠀⠀⠀⠀⠀⠀⠀⠀⠀⠀⠀⠀⠀⠀⠀⠀⠀⠀⠀⠀⠀⠀⠀⠀⠀⠀⠀⠀⠀⠀⠀⠀⠀⠀⠀⠀⠀⠀⠀⠀║⠀⠀⠀⠀⠀⠀⠀⠀⠀⠀⠀⠀⠀⠀⠀⠀⠀⠀┃⠀└─────────────────────────┘⠀⠀⠀┃⠀║⠀⠀⠀⠀⠀⠀⠀⠀⠀⠀⠀⠀⠀⠀
 ⠀⠀⠀⠀⠀⠀⠀⠀⠀⠀⠀⠀⠀⠀⠀⠀⠀⠀⠀⠀⠀⠀⠀⠀⠀⠀⠀⠀⠀⠀⠀⠀⠀⠀⠀⠀⠀⠀⠀⠀⠀⠀⠀⠀⠀⠀⠀║⠀⠀⠀⠀⠀⠀⠀⠀⠀⠀⠀⠀⠀⠀⠀⠀⠀⠀┗━━━━━━━━━━━━━━━━━━━━━━━━━━━━━━━┛⠀║⠀⠀⠀⠀⠀⠀⠀⠀⠀⠀⠀⠀⠀⠀
 ⠀⠀⠀⠀⠀⠀⠀⠀⠀⠀⠀⠀⠀⠀⠀⠀⠀⠀⠀⠀⠀⠀⠀⠀⠀⠀⠀⠀⠀⠀⠀⠀⠀⠀⠀⠀⠀⠀⠀⠀⠀⠀⠀⠀⠀⠀⠀╚════════════════════════════════════════════════════╝⠀⠀⠀⠀⠀⠀⠀⠀⠀⠀⠀⠀⠀⠀
 ]
 style main fill:#121212
 ```
````
